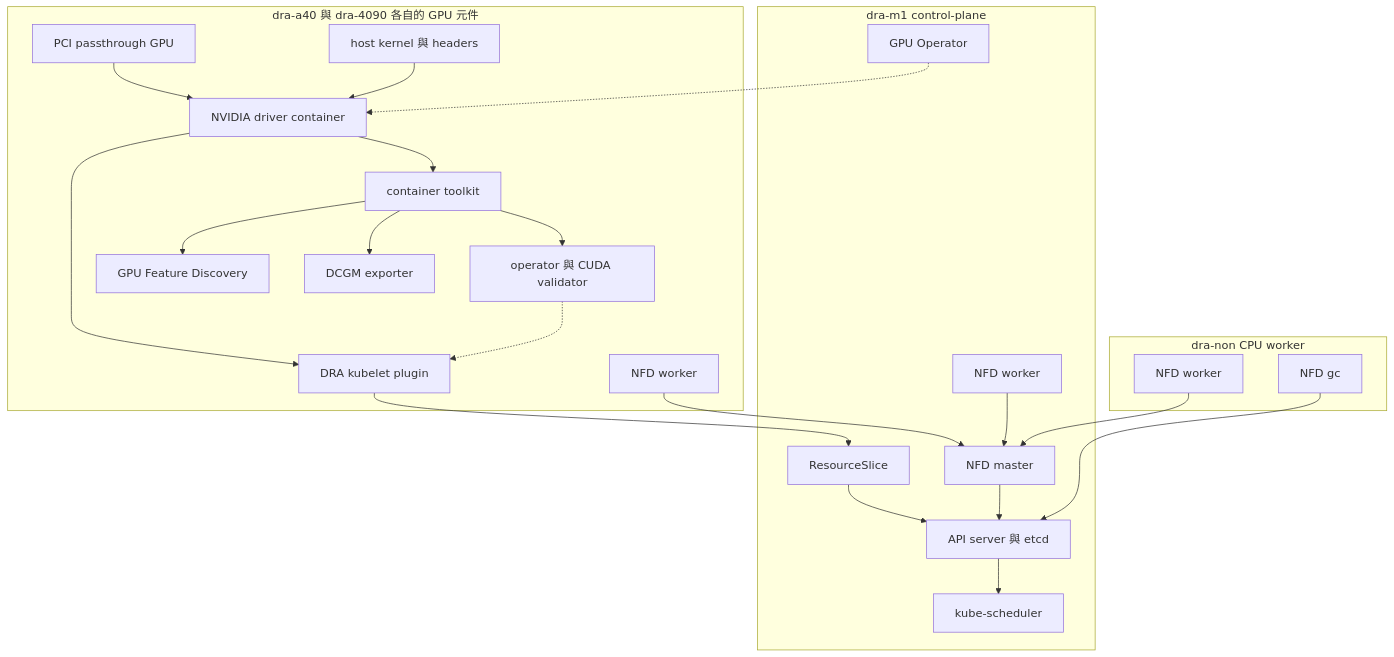
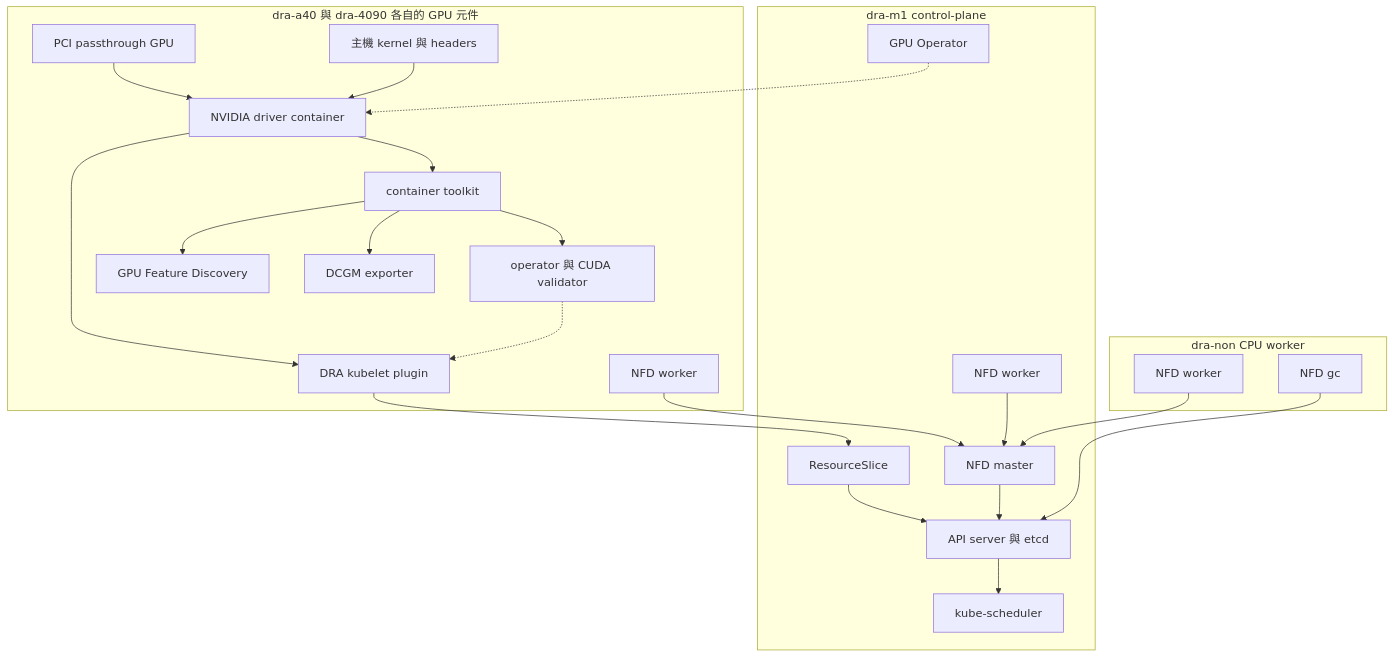
One commit to Daniel77871/dra-gpu-sharing-in-practice changed the diagram in book/02-deploy/README.md. Above: the diagram before and after it, drawn with Mermaid. The commit also changed other lines of this file and 80 other files, not shown here.

````diff
--- a/book/02-deploy/README.md
+++ b/book/02-deploy/README.md
@@ -15,40 +15,40 @@
 ```mermaid
 flowchart TB
     subgraph control["dra-m1 control-plane"]
         API["API server 與 etcd"]
         Scheduler["kube-scheduler"]
         Operator["GPU Operator"]
         Master["NFD master"]
         ControlWorker["NFD worker"]
         Slice["ResourceSlice"]
         Slice --> API --> Scheduler
     end
     subgraph gpu["dra-a40 與 dra-4090 各自的 GPU 元件"]
         PCI["PCI passthrough GPU"]
-        Kernel["host kernel 與 headers"]
+        Kernel["主機 kernel 與 headers"]
         Driver["NVIDIA driver container"]
         Toolkit["container toolkit"]
         Validator["operator 與 CUDA validator"]
         Plugin["DRA kubelet plugin"]
         GPUWorker["NFD worker"]
         GFD["GPU Feature Discovery"]
         Exporter["DCGM exporter"]
         PCI --> Driver
         Kernel --> Driver --> Toolkit --> Validator
         Driver --> Plugin
         Validator -.-> Plugin
         Toolkit --> GFD
         Toolkit --> Exporter
         Plugin --> Slice
         GPUWorker --> Master
     end
     subgraph cpu["dra-non CPU worker"]
         CPUWorker["NFD worker"]
         GC["NFD gc"]
     end
     Operator -.-> Driver
     ControlWorker --> Master
     CPUWorker --> Master
     Master --> API
     GC --> API
 ```
````
